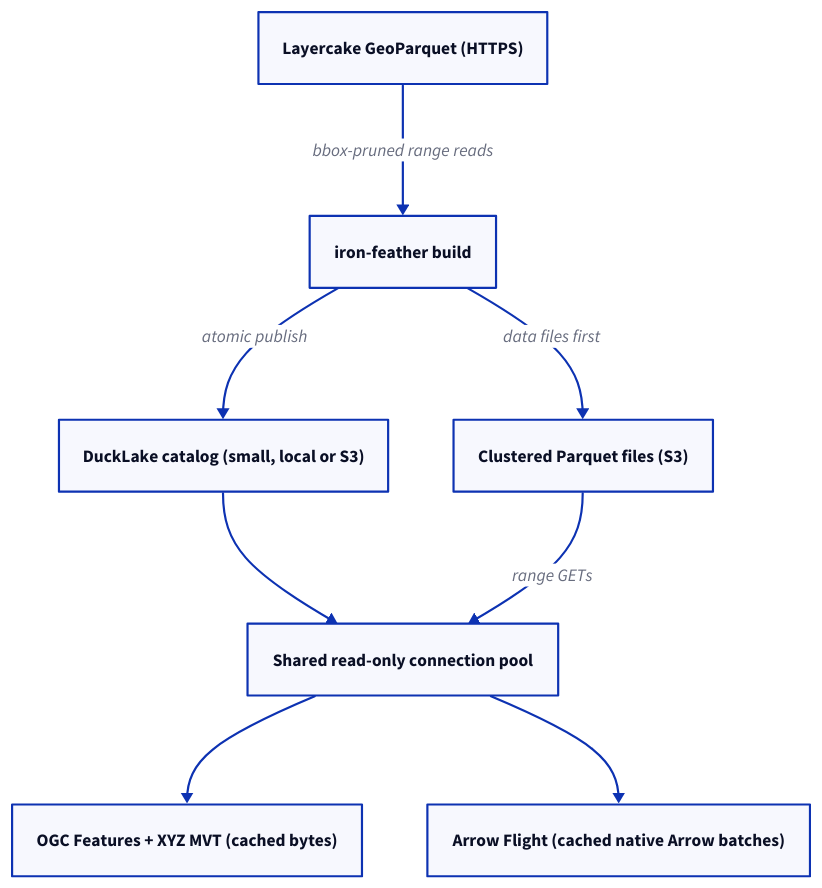
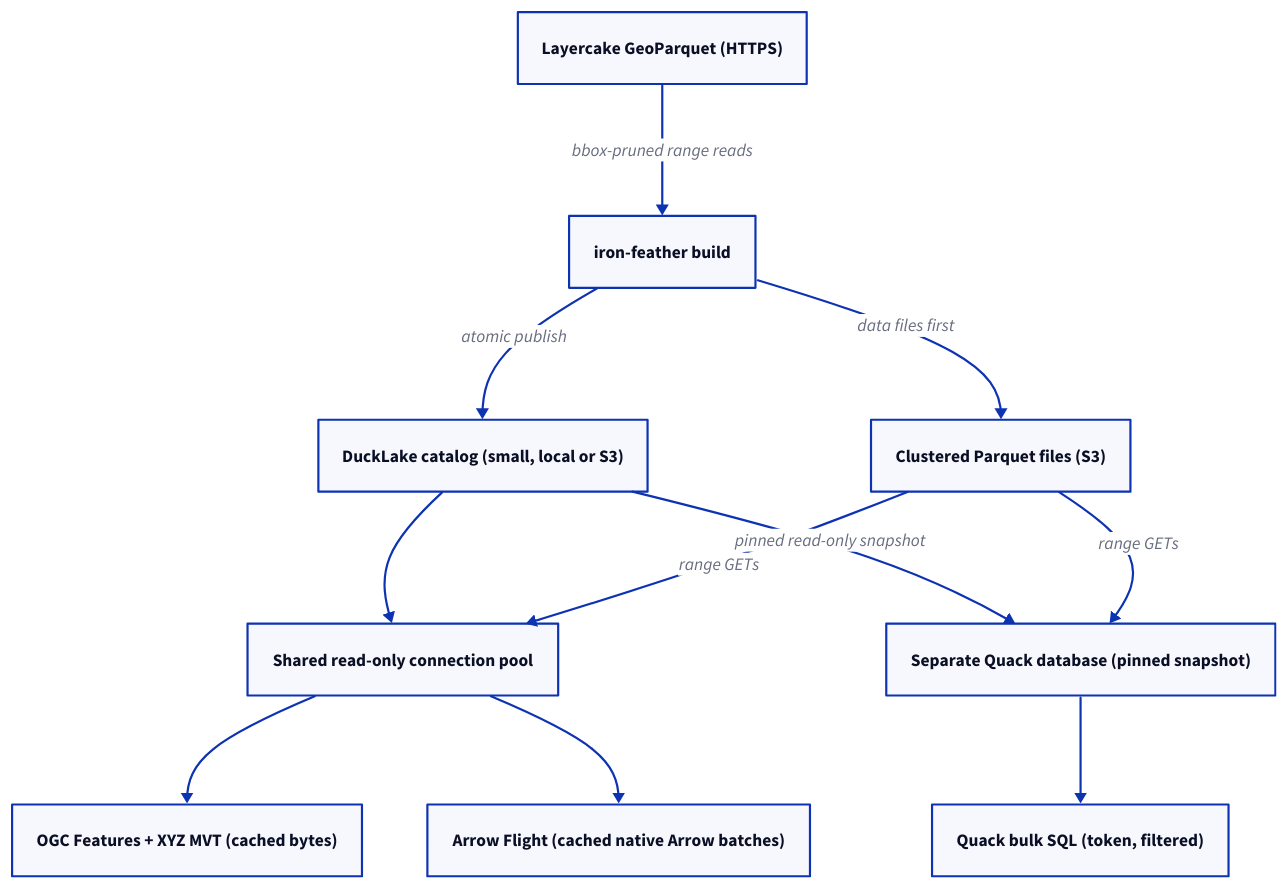
The diagram in docs/arch.d2 (adonm/iron-feather), drawn with D2 before and after one commit. The commit also changed 15 other files, not shown here.

First line of the commit message:
Serve DuckLake via stable v2 C API with Quack bulk protocol

```diff
--- a/docs/arch.d2
+++ b/docs/arch.d2
@@ -1,16 +1,21 @@
 direction: down
 source: Layercake GeoParquet (HTTPS)
 build: iron-feather build
 catalog: DuckLake catalog (small, local or S3)
 parquet: Clustered Parquet files (S3)
 pool: Shared read-only connection pool
 http: OGC Features + XYZ MVT (cached bytes)
 flight: Arrow Flight (cached native Arrow batches)
+quackdb: Separate Quack database (pinned snapshot)
+quack: Quack bulk SQL (token, filtered)
 
 source -> build: bbox-pruned range reads
 build -> catalog: atomic publish
 build -> parquet: data files first
 catalog -> pool
 parquet -> pool: range GETs
 pool -> http
 pool -> flight
+catalog -> quackdb: pinned read-only snapshot
+parquet -> quackdb: range GETs
+quackdb -> quack
```
